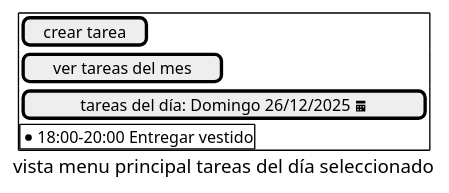
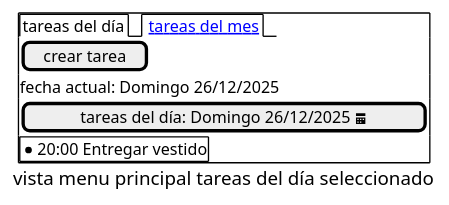
The diagram in ver-tareas-del-dia/gui-mockups/tareas-del-día-seleccionado.pu (esteban4321duran/app-tareas-v1-docs), drawn with PlantUML before and after one commit. The commit also changed 9 other files, not shown here.

```diff
--- a/ver-tareas-del-dia/gui-mockups/tareas-del-día-seleccionado.pu
+++ b/ver-tareas-del-dia/gui-mockups/tareas-del-día-seleccionado.pu
@@ -1,14 +1,15 @@
 @startsalt
 caption vista menu principal tareas del día seleccionado
 {
 {+
-[crear tarea]
-[ver tareas del mes]
+        {/ tareas del día |<u><color:blue> tareas del mes }
+        [crear tarea]
+fecha actual: Domingo 26/12/2025
 [tareas del día: Domingo 26/12/2025 <&calendar>]
    {+
-        * 18:00-20:00 Entregar vestido
+        * 20:00 Entregar vestido
    }
    
 }
 }
 @endsalt
```
